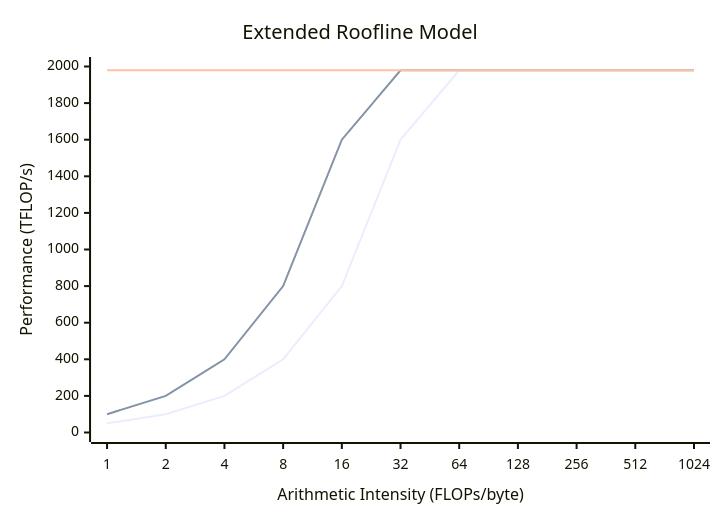
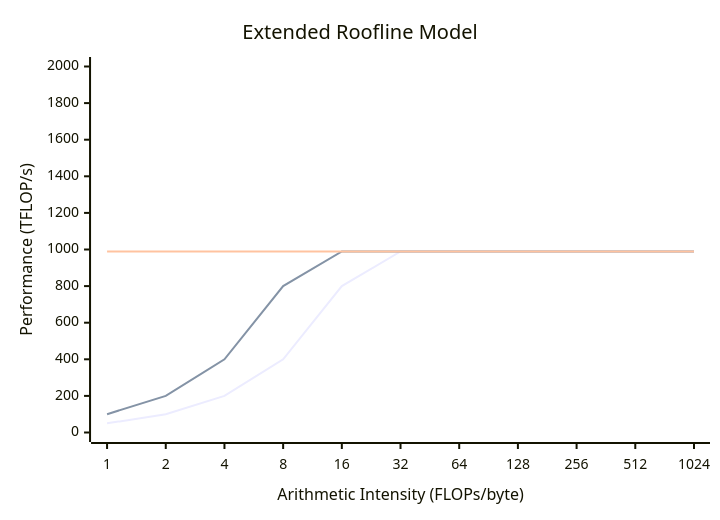
One commit to ttsugriy/distributed-training-book changed the diagram in docs/foundations/02-extended-roofline.md. Above: the diagram before and after it, drawn with Mermaid. The commit also changed other lines of this file and 15 other files, not shown here.

````diff
--- a/docs/foundations/02-extended-roofline.md
+++ b/docs/foundations/02-extended-roofline.md
@@ -48,9 +48,9 @@
 ```mermaid
 xychart-beta
     title "Extended Roofline Model"
     x-axis "Arithmetic Intensity (FLOPs/byte)" [1, 2, 4, 8, 16, 32, 64, 128, 256, 512, 1024]
     y-axis "Performance (TFLOP/s)" 0 --> 2000
-    line "Network Ceiling" [50, 100, 200, 400, 800, 1600, 1979, 1979, 1979, 1979, 1979]
-    line "Memory Ceiling" [100, 200, 400, 800, 1600, 1979, 1979, 1979, 1979, 1979, 1979]
-    line "Compute Ceiling" [1979, 1979, 1979, 1979, 1979, 1979, 1979, 1979, 1979, 1979, 1979]
+    line "Network Ceiling" [50, 100, 200, 400, 800, 989, 989, 989, 989, 989, 989]
+    line "Memory Ceiling" [100, 200, 400, 800, 989, 989, 989, 989, 989, 989, 989]
+    line "Compute Ceiling" [989, 989, 989, 989, 989, 989, 989, 989, 989, 989, 989]
 ```
````
